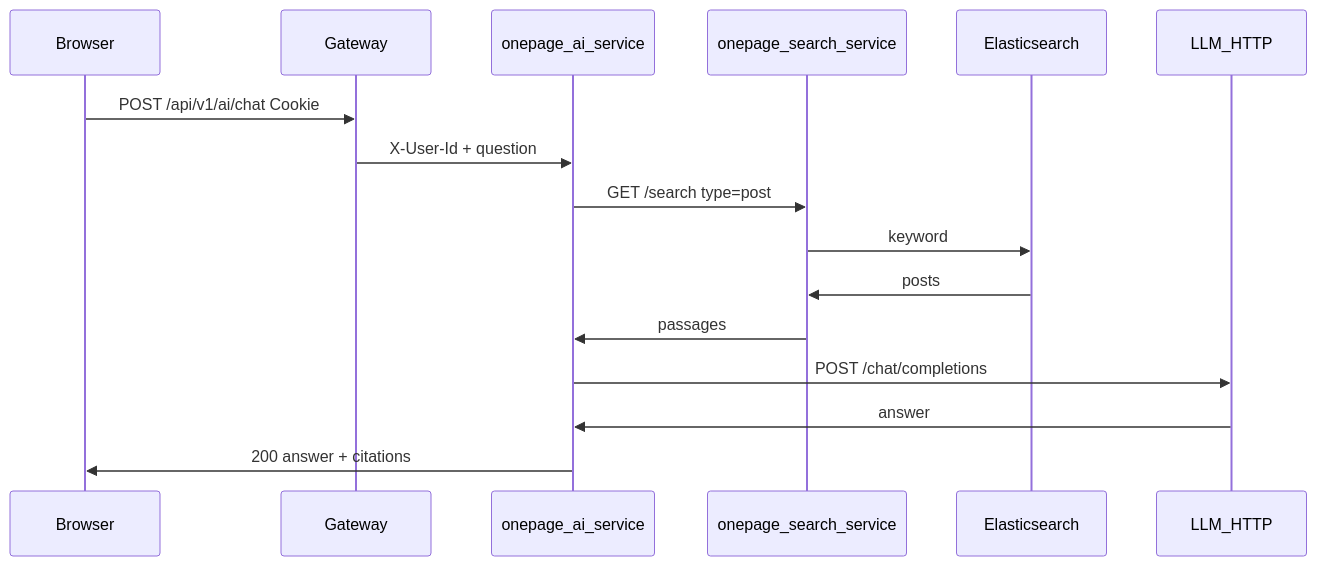
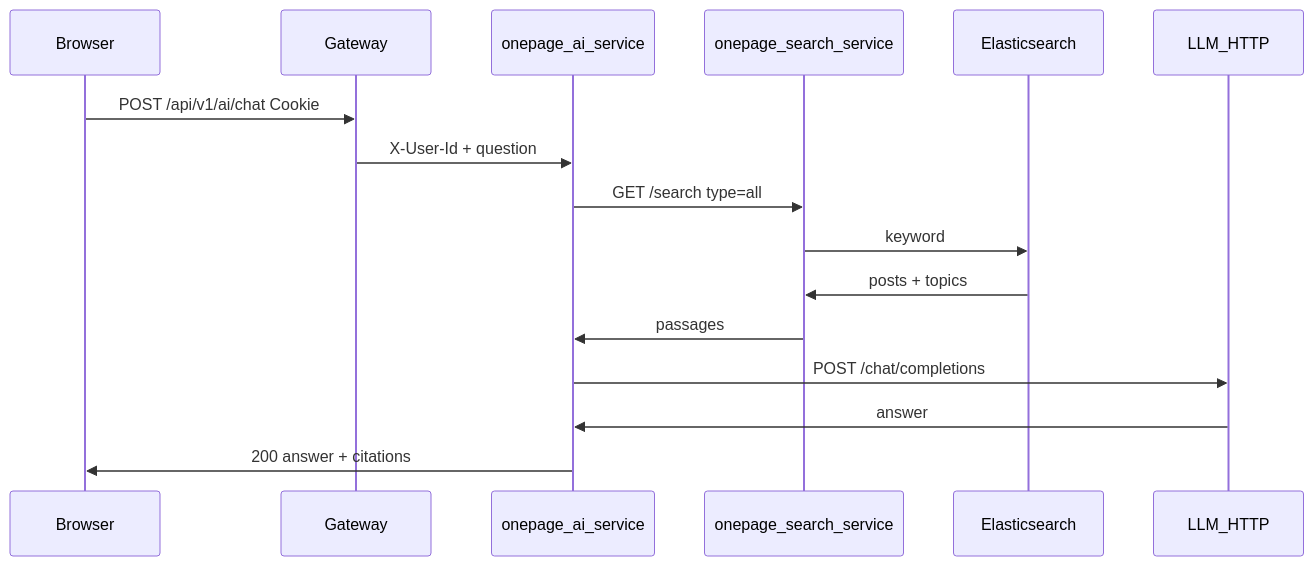
One commit to Yangleduo00337788/OnePage changed the eighth of 13 diagrams in agi-work-space/src/content/engineering/tech/diagrams.md. Above: the diagram before and after it, drawn with Mermaid. The commit also changed 95 other files, not shown here.

````diff
--- a/agi-work-space/src/content/engineering/tech/diagrams.md
+++ b/agi-work-space/src/content/engineering/tech/diagrams.md
@@ -246,19 +246,19 @@
 ```mermaid
 sequenceDiagram
   participant B as Browser
   participant G as Gateway
   participant AI as onepage_ai_service
   participant Sch as onepage_search_service
   participant ES as Elasticsearch
   participant LLM as LLM_HTTP
 
   B->>G: POST /api/v1/ai/chat Cookie
   G->>AI: X-User-Id + question
-  AI->>Sch: GET /search type=post
+  AI->>Sch: GET /search type=all
   Sch->>ES: keyword
-  ES->>Sch: posts
+  ES->>Sch: posts + topics
   Sch->>AI: passages
   AI->>LLM: POST /chat/completions
   LLM->>AI: answer
   AI->>B: 200 answer + citations
 ```
````
